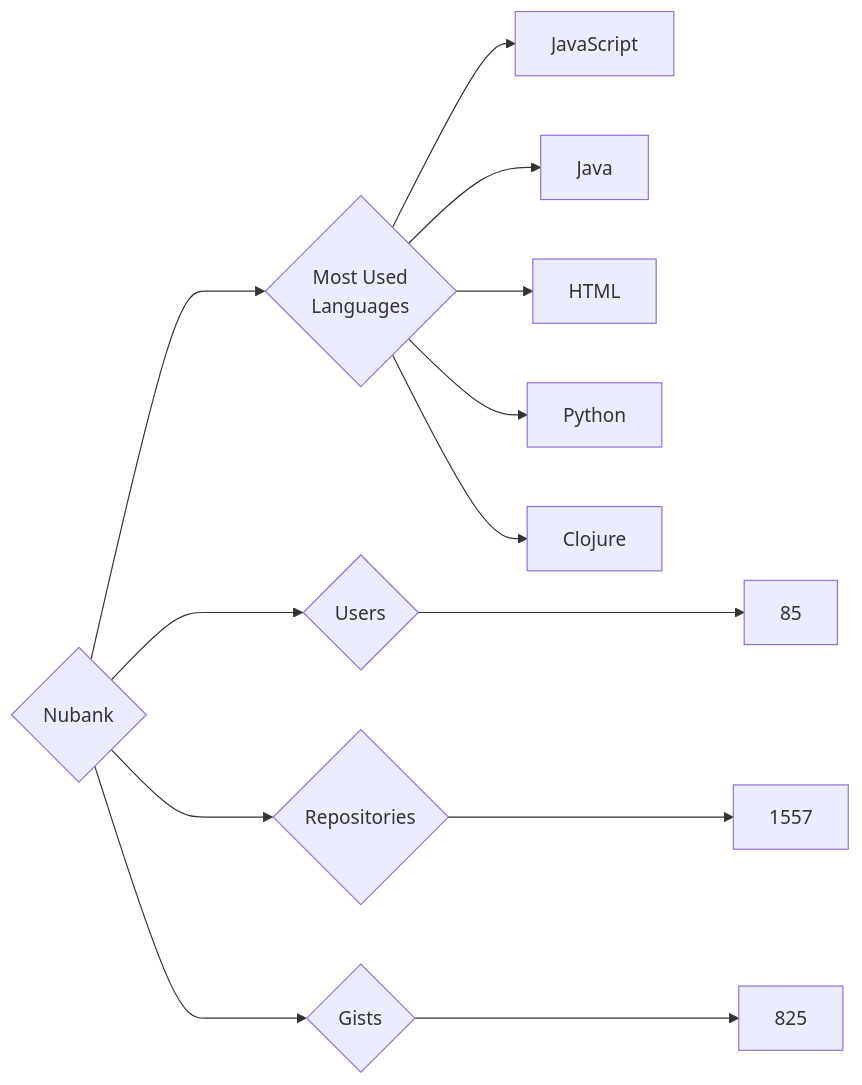
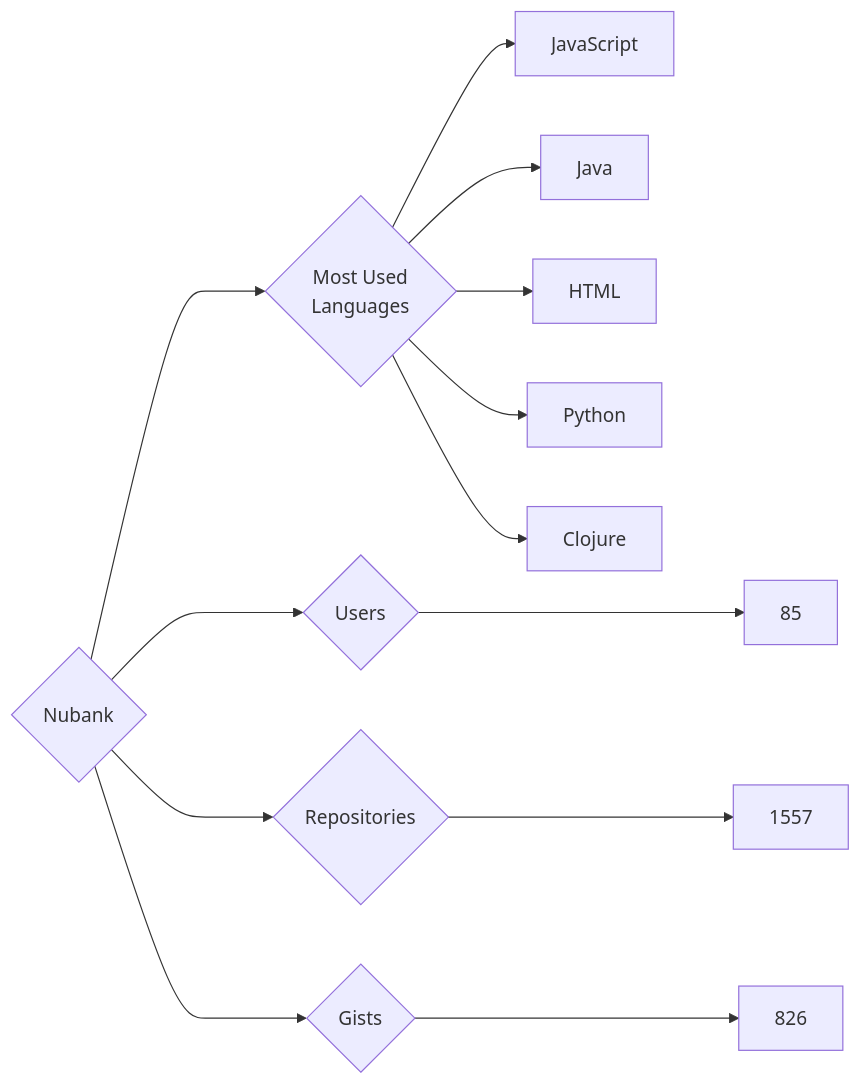
One commit to trickest/insiders changed the diagram in targets/Nubank/README.md. Above: the diagram before and after it, drawn with Mermaid. The commit also changed 995 other files, not shown here.

````diff
--- a/targets/Nubank/README.md
+++ b/targets/Nubank/README.md
@@ -3,13 +3,13 @@
 ```mermaid
 graph LR
 COMPANY_NAME{Nubank}
 COMPANY_NAME ---> U{Users} ---> UN[85]
 COMPANY_NAME ---> R{Repositories} ---> RN[1557]
-COMPANY_NAME ---> G{Gists} ---> GN[825]
+COMPANY_NAME ---> G{Gists} ---> GN[826]
 COMPANY_NAME ---> ML{Most Used<br>Languages}
 ML --> JavaScript[JavaScript]
 ML --> Java[Java]
 ML --> HTML[HTML]
 ML --> Python[Python]
 ML --> Clojure[Clojure]
 ```
````
